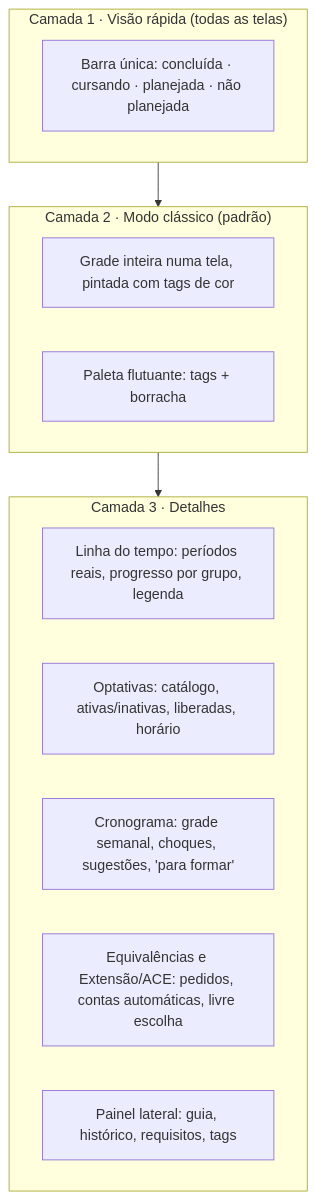
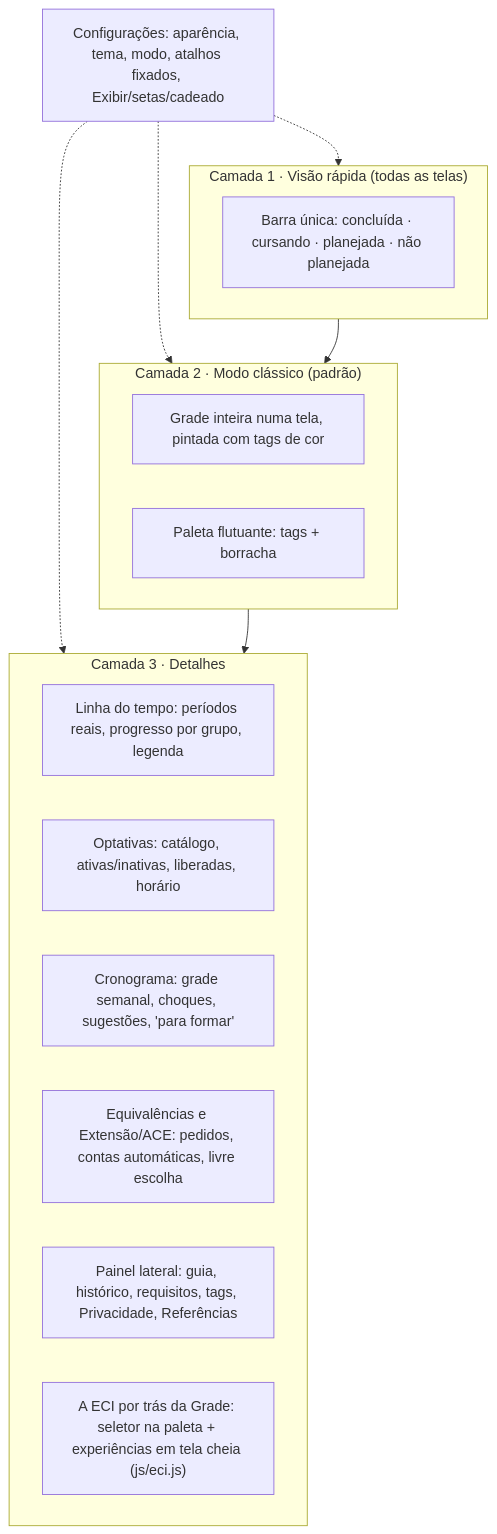
Before and after one commit to JoaoAndrade01/grade: the second of 3 diagrams in docs/ARQUITETURA.md, drawn with Mermaid. The commit also changed other lines of this file and 17 other files, not shown here.

First line of the commit message:
Interface, Configurações e "A ECI por trás da Grade" v1

````diff
--- a/docs/ARQUITETURA.md
+++ b/docs/ARQUITETURA.md
@@ -89,18 +95,21 @@
 ```mermaid
 flowchart TB
   subgraph C1["Camada 1 · Visão rápida (todas as telas)"]
     BARRA["Barra única: concluída · cursando · planejada · não planejada"]
   end
   subgraph C2["Camada 2 · Modo clássico (padrão)"]
     GRADE["Grade inteira numa tela, pintada com tags de cor"]
     FERR["Paleta flutuante: tags + borracha"]
   end
   subgraph C3["Camada 3 · Detalhes"]
     TL["Linha do tempo: períodos reais, progresso por grupo, legenda"]
     OP["Optativas: catálogo, ativas/inativas, liberadas, horário"]
     CR["Cronograma: grade semanal, choques, sugestões, 'para formar'"]
     EQ["Equivalências e Extensão/ACE: pedidos, contas automáticas, livre escolha"]
-    DET["Painel lateral: guia, histórico, requisitos, tags"]
+    DET["Painel lateral: guia, histórico, requisitos, tags, Privacidade, Referências"]
+    ECI["A ECI por trás da Grade: seletor na paleta + experiências em tela cheia (js/eci.js)"]
   end
+  CFG["Configurações: aparência, tema, modo, atalhos fixados, Exibir/setas/cadeado"]
+  CFG -.-> C1 & C2 & C3
   C1 --> C2 --> C3
 ```
````
